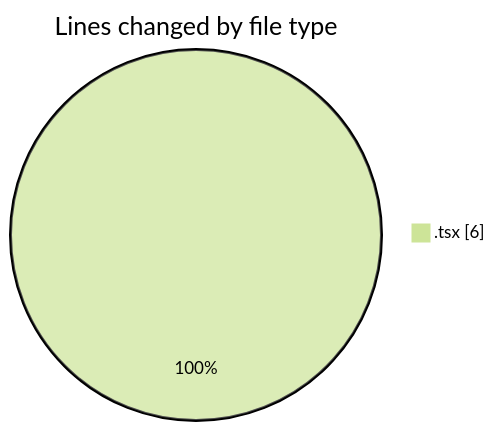
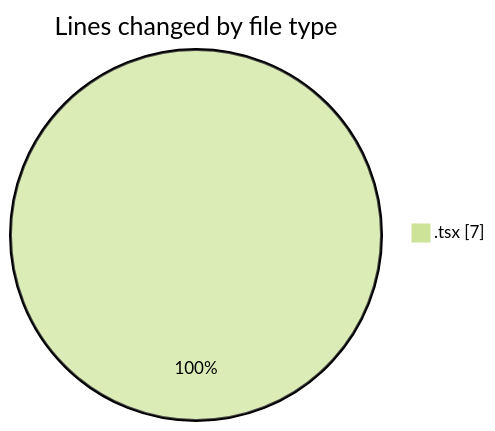
Before and after one commit to nxtqubesakshisongat/code-tracking: the first of 2 diagrams in 2026-06-12/nxtqube_webapp/README.md, drawn with Mermaid (forest theme). The commit also changed other lines of this file and 1 other file, not shown here.

````diff
--- a/2026-06-12/nxtqube_webapp/README.md
+++ b/2026-06-12/nxtqube_webapp/README.md
@@ -20,5 +20,5 @@
 ```mermaid
 pie showData
 title Lines changed by file type
-".tsx" : 6
+".tsx" : 7
 ```
````
